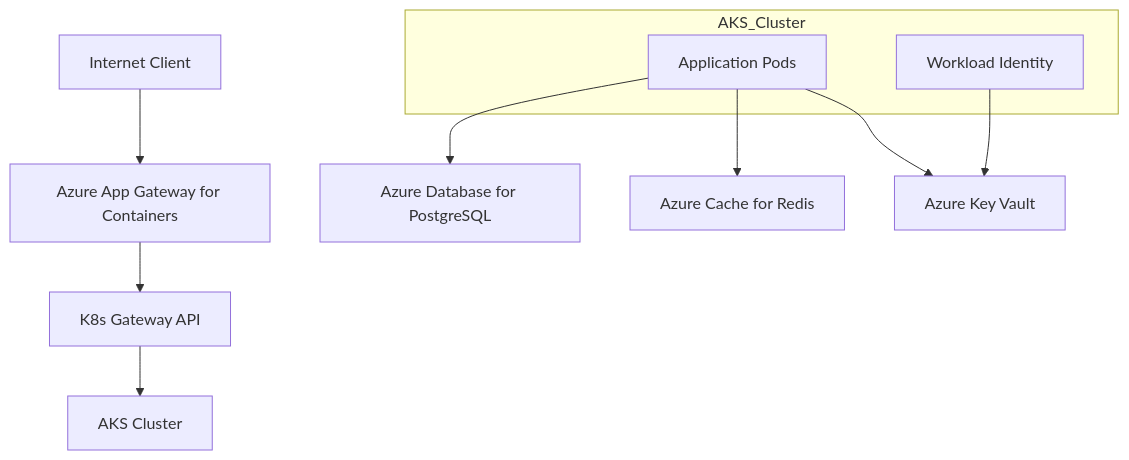
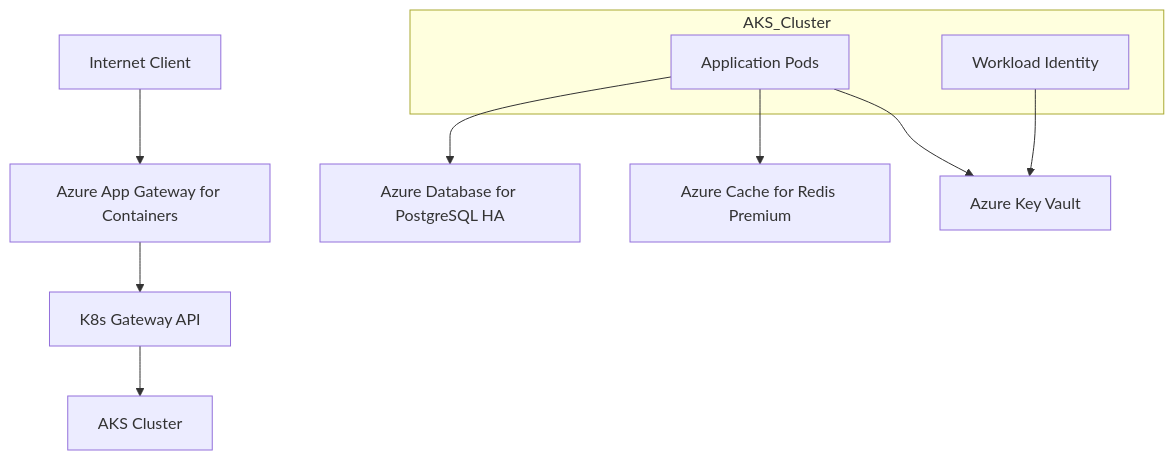
The diagram in examples/azure/docs/02.ard/0001-azure-migration-architecture.md (buenhyden/hy-home.k8s), drawn with Mermaid before and after one commit. The commit also changed other lines of this file and 43 other files, not shown here.

````diff
--- a/examples/azure/docs/02.ard/0001-azure-migration-architecture.md
+++ b/examples/azure/docs/02.ard/0001-azure-migration-architecture.md
@@ -38,14 +38,14 @@
 ```mermaid
 graph TD
     Client[Internet Client] --> AGC[Azure App Gateway for Containers]
     AGC --> Gateway[K8s Gateway API]
     Gateway --> AKS[AKS Cluster]
     subgraph AKS_Cluster
         App[Application Pods]
         WI[Workload Identity]
     end
-    App --> PG[Azure Database for PostgreSQL]
-    App --> Redis[Azure Cache for Redis]
+    App --> PG[Azure Database for PostgreSQL HA]
+    App --> Redis[Azure Cache for Redis Premium]
     App --> AKV[Azure Key Vault]
     WI --> AKV
 ```
````
